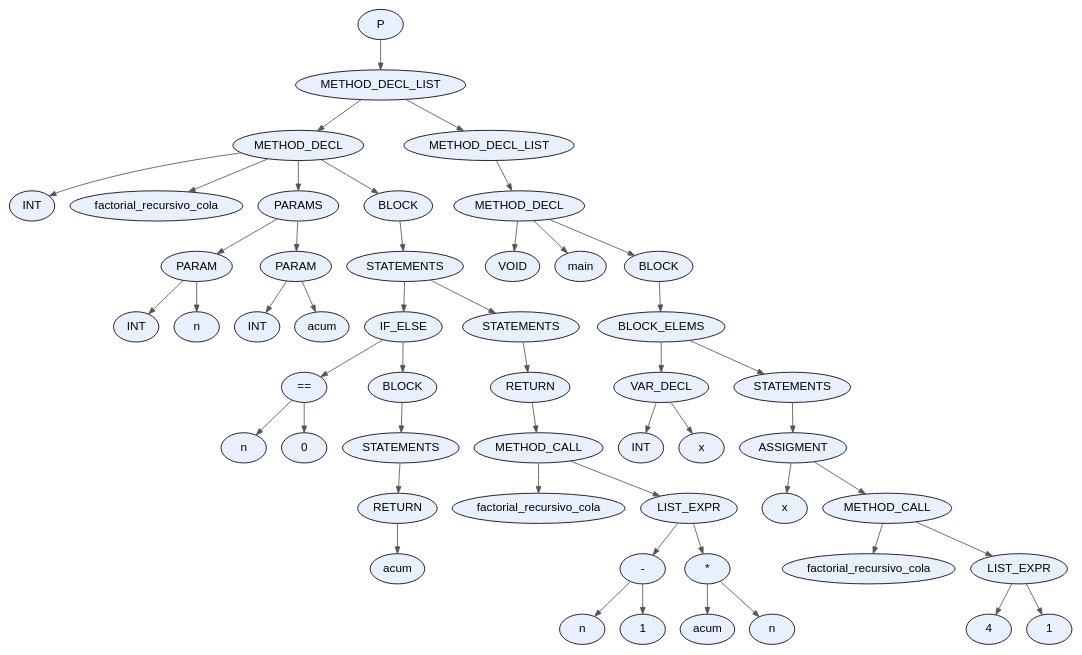
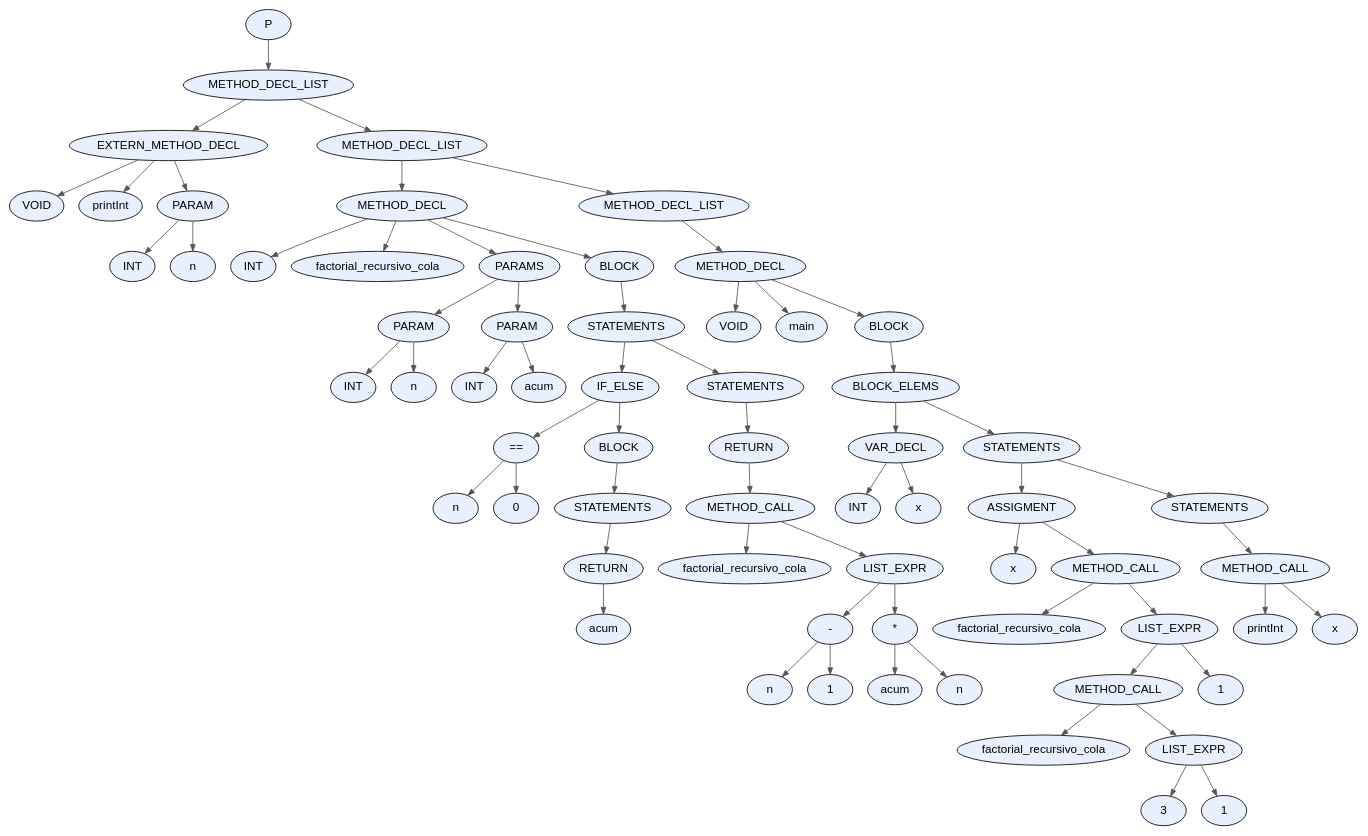
The diagram in proyecto/dot_files/factorial_rec_cola.dot (facundo-dario-loser/TDS2026), drawn with Graphviz before and after one commit. The commit also changed 10 other files, not shown here.

```diff
--- a/proyecto/dot_files/factorial_rec_cola.dot
+++ b/proyecto/dot_files/factorial_rec_cola.dot
@@ -1,103 +1,133 @@
 digraph AST {
   node [fontname="Arial"];
   edge [arrowsize=0.8, color="#555555"];
-  "node_0x55cf6cfb0c10" [label="P", style=filled, fillcolor="#E8F0FE", shape=ellipse, style="rounded,filled"];
-  "node_0x55cf6cfb0c10" -> "node_0x55cf6cfb0bc0";
-  "node_0x55cf6cfb0bc0" [label="METHOD_DECL_LIST", style=filled, fillcolor="#E8F0FE", shape=ellipse, style="rounded,filled"];
-  "node_0x55cf6cfb0bc0" -> "node_0x55cf6cfb0500";
-  "node_0x55cf6cfb0500" [label="METHOD_DECL", style=filled, fillcolor="#E8F0FE", shape=ellipse, style="rounded,filled"];
-  "node_0x55cf6cfb0500" -> "node_0x55cf6cfaf920";
-  "node_0x55cf6cfaf920" [label="INT", style=filled, fillcolor="#E8F0FE", shape=ellipse, style="rounded,filled"];
-  "node_0x55cf6cfb0500" -> "node_0x55cf6cfb0480";
-  "node_0x55cf6cfb0480" [label="factorial_recursivo_cola", style=filled, fillcolor="#E8F0FE", shape=ellipse, style="rounded,filled"];
-  "node_0x55cf6cfb0500" -> "node_0x55cf6cfafc00";
-  "node_0x55cf6cfafc00" [label="PARAMS", style=filled, fillcolor="#E8F0FE", shape=ellipse, style="rounded,filled"];
-  "node_0x55cf6cfafc00" -> "node_0x55cf6cfafa80";
-  "node_0x55cf6cfafa80" [label="PARAM", style=filled, fillcolor="#E8F0FE", shape=ellipse, style="rounded,filled"];
-  "node_0x55cf6cfafa80" -> "node_0x55cf6cfaf9a0";
-  "node_0x55cf6cfaf9a0" [label="INT", style=filled, fillcolor="#E8F0FE", shape=ellipse, style="rounded,filled"];
-  "node_0x55cf6cfafa80" -> "node_0x55cf6cfafa10";
-  "node_0x55cf6cfafa10" [label="n", style=filled, fillcolor="#E8F0FE", shape=ellipse, style="rounded,filled"];
-  "node_0x55cf6cfafc00" -> "node_0x55cf6cfafbb0";
-  "node_0x55cf6cfafbb0" [label="PARAM", style=filled, fillcolor="#E8F0FE", shape=ellipse, style="rounded,filled"];
-  "node_0x55cf6cfafbb0" -> "node_0x55cf6cfafad0";
-  "node_0x55cf6cfafad0" [label="INT", style=filled, fillcolor="#E8F0FE", shape=ellipse, style="rounded,filled"];
-  "node_0x55cf6cfafbb0" -> "node_0x55cf6cfafb40";
-  "node_0x55cf6cfafb40" [label="acum", style=filled, fillcolor="#E8F0FE", shape=ellipse, style="rounded,filled"];
-  "node_0x55cf6cfb0500" -> "node_0x55cf6cfb0430";
-  "node_0x55cf6cfb0430" [label="BLOCK", style=filled, fillcolor="#E8F0FE", shape=ellipse, style="rounded,filled"];
-  "node_0x55cf6cfb0430" -> "node_0x55cf6cfb03e0";
-  "node_0x55cf6cfb03e0" [label="STATEMENTS", style=filled, fillcolor="#E8F0FE", shape=ellipse, style="rounded,filled"];
-  "node_0x55cf6cfb03e0" -> "node_0x55cf6cfaff00";
-  "node_0x55cf6cfaff00" [label="IF_ELSE", style=filled, fillcolor="#E8F0FE", shape=ellipse, style="rounded,filled"];
-  "node_0x55cf6cfaff00" -> "node_0x55cf6cfafd30";
-  "node_0x55cf6cfafd30" [label="==", style=filled, fillcolor="#E8F0FE", shape=ellipse, style="rounded,filled"];
-  "node_0x55cf6cfafd30" -> "node_0x55cf6cfafc70";
-  "node_0x55cf6cfafc70" [label="n", style=filled, fillcolor="#E8F0FE", shape=ellipse, style="rounded,filled"];
-  "node_0x55cf6cfafd30" -> "node_0x55cf6cfafce0";
-  "node_0x55cf6cfafce0" [label="0", style=filled, fillcolor="#E8F0FE", shape=ellipse, style="rounded,filled"];
-  "node_0x55cf6cfaff00" -> "node_0x55cf6cfafeb0";
-  "node_0x55cf6cfafeb0" [label="BLOCK", style=filled, fillcolor="#E8F0FE", shape=ellipse, style="rounded,filled"];
-  "node_0x55cf6cfafeb0" -> "node_0x55cf6cfafe60";
-  "node_0x55cf6cfafe60" [label="STATEMENTS", style=filled, fillcolor="#E8F0FE", shape=ellipse, style="rounded,filled"];
-  "node_0x55cf6cfafe60" -> "node_0x55cf6cfafe10";
-  "node_0x55cf6cfafe10" [label="RETURN", style=filled, fillcolor="#E8F0FE", shape=ellipse, style="rounded,filled"];
-  "node_0x55cf6cfafe10" -> "node_0x55cf6cfafda0";
-  "node_0x55cf6cfafda0" [label="acum", style=filled, fillcolor="#E8F0FE", shape=ellipse, style="rounded,filled"];
-  "node_0x55cf6cfb03e0" -> "node_0x55cf6cfb0390";
-  "node_0x55cf6cfb0390" [label="STATEMENTS", style=filled, fillcolor="#E8F0FE", shape=ellipse, style="rounded,filled"];
-  "node_0x55cf6cfb0390" -> "node_0x55cf6cfb0340";
-  "node_0x55cf6cfb0340" [label="RETURN", style=filled, fillcolor="#E8F0FE", shape=ellipse, style="rounded,filled"];
-  "node_0x55cf6cfb0340" -> "node_0x55cf6cfb02f0";
-  "node_0x55cf6cfb02f0" [label="METHOD_CALL", style=filled, fillcolor="#E8F0FE", shape=ellipse, style="rounded,filled"];
-  "node_0x55cf6cfb02f0" -> "node_0x55cf6cfb0270";
-  "node_0x55cf6cfb0270" [label="factorial_recursivo_cola", style=filled, fillcolor="#E8F0FE", shape=ellipse, style="rounded,filled"];
-  "node_0x55cf6cfb02f0" -> "node_0x55cf6cfb0220";
-  "node_0x55cf6cfb0220" [label="LIST_EXPR", style=filled, fillcolor="#E8F0FE", shape=ellipse, style="rounded,filled"];
-  "node_0x55cf6cfb0220" -> "node_0x55cf6cfb0060";
-  "node_0x55cf6cfb0060" [label="-", style=filled, fillcolor="#E8F0FE", shape=ellipse, style="rounded,filled"];
-  "node_0x55cf6cfb0060" -> "node_0x55cf6cfaffa0";
-  "node_0x55cf6cfaffa0" [label="n", style=filled, fillcolor="#E8F0FE", shape=ellipse, style="rounded,filled"];
-  "node_0x55cf6cfb0060" -> "node_0x55cf6cfb0010";
-  "node_0x55cf6cfb0010" [label="1", style=filled, fillcolor="#E8F0FE", shape=ellipse, style="rounded,filled"];
-  "node_0x55cf6cfb0220" -> "node_0x55cf6cfb01d0";
-  "node_0x55cf6cfb01d0" [label="*", style=filled, fillcolor="#E8F0FE", shape=ellipse, style="rounded,filled"];
-  "node_0x55cf6cfb01d0" -> "node_0x55cf6cfb00d0";
-  "node_0x55cf6cfb00d0" [label="acum", style=filled, fillcolor="#E8F0FE", shape=ellipse, style="rounded,filled"];
-  "node_0x55cf6cfb01d0" -> "node_0x55cf6cfb0160";
-  "node_0x55cf6cfb0160" [label="n", style=filled, fillcolor="#E8F0FE", shape=ellipse, style="rounded,filled"];
-  "node_0x55cf6cfb0bc0" -> "node_0x55cf6cfb0b70";
-  "node_0x55cf6cfb0b70" [label="METHOD_DECL_LIST", style=filled, fillcolor="#E8F0FE", shape=ellipse, style="rounded,filled"];
-  "node_0x55cf6cfb0b70" -> "node_0x55cf6cfb0b20";
-  "node_0x55cf6cfb0b20" [label="METHOD_DECL", style=filled, fillcolor="#E8F0FE", shape=ellipse, style="rounded,filled"];
-  "node_0x55cf6cfb0b20" -> "node_0x55cf6cfb0a60";
-  "node_0x55cf6cfb0a60" [label="VOID", style=filled, fillcolor="#E8F0FE", shape=ellipse, style="rounded,filled"];
-  "node_0x55cf6cfb0b20" -> "node_0x55cf6cfb0ab0";
-  "node_0x55cf6cfb0ab0" [label="main", style=filled, fillcolor="#E8F0FE", shape=ellipse, style="rounded,filled"];
-  "node_0x55cf6cfb0b20" -> "node_0x55cf6cfb0a10";
-  "node_0x55cf6cfb0a10" [label="BLOCK", style=filled, fillcolor="#E8F0FE", shape=ellipse, style="rounded,filled"];
-  "node_0x55cf6cfb0a10" -> "node_0x55cf6cfb09c0";
-  "node_0x55cf6cfb09c0" [label="BLOCK_ELEMS", style=filled, fillcolor="#E8F0FE", shape=ellipse, style="rounded,filled"];
-  "node_0x55cf6cfb09c0" -> "node_0x55cf6cfb0650";
-  "node_0x55cf6cfb0650" [label="VAR_DECL", style=filled, fillcolor="#E8F0FE", shape=ellipse, style="rounded,filled"];
-  "node_0x55cf6cfb0650" -> "node_0x55cf6cfb0570";
-  "node_0x55cf6cfb0570" [label="INT", style=filled, fillcolor="#E8F0FE", shape=ellipse, style="rounded,filled"];
-  "node_0x55cf6cfb0650" -> "node_0x55cf6cfb05e0";
-  "node_0x55cf6cfb05e0" [label="x", style=filled, fillcolor="#E8F0FE", shape=ellipse, style="rounded,filled"];
-  "node_0x55cf6cfb09c0" -> "node_0x55cf6cfb0970";
-  "node_0x55cf6cfb0970" [label="STATEMENTS", style=filled, fillcolor="#E8F0FE", shape=ellipse, style="rounded,filled"];
-  "node_0x55cf6cfb0970" -> "node_0x55cf6cfb0920";
-  "node_0x55cf6cfb0920" [label="ASSIGMENT", style=filled, fillcolor="#E8F0FE", shape=ellipse, style="rounded,filled"];
-  "node_0x55cf6cfb0920" -> "node_0x55cf6cfb08b0";
-  "node_0x55cf6cfb08b0" [label="x", style=filled, fillcolor="#E8F0FE", shape=ellipse, style="rounded,filled"];
-  "node_0x55cf6cfb0920" -> "node_0x55cf6cfb0860";
-  "node_0x55cf6cfb0860" [label="METHOD_CALL", style=filled, fillcolor="#E8F0FE", shape=ellipse, style="rounded,filled"];
-  "node_0x55cf6cfb0860" -> "node_0x55cf6cfb07e0";
-  "node_0x55cf6cfb07e0" [label="factorial_recursivo_cola", style=filled, fillcolor="#E8F0FE", shape=ellipse, style="rounded,filled"];
-  "node_0x55cf6cfb0860" -> "node_0x55cf6cfb0790";
-  "node_0x55cf6cfb0790" [label="LIST_EXPR", style=filled, fillcolor="#E8F0FE", shape=ellipse, style="rounded,filled"];
-  "node_0x55cf6cfb0790" -> "node_0x55cf6cfb06f0";
-  "node_0x55cf6cfb06f0" [label="4", style=filled, fillcolor="#E8F0FE", shape=ellipse, style="rounded,filled"];
-  "node_0x55cf6cfb0790" -> "node_0x55cf6cfb0740";
-  "node_0x55cf6cfb0740" [label="1", style=filled, fillcolor="#E8F0FE", shape=ellipse, style="rounded,filled"];
+  "node_0x6546cbcef220" [label="P", style=filled, fillcolor="#E8F0FE", shape=ellipse, style="rounded,filled"];
+  "node_0x6546cbcef220" -> "node_0x6546cbcef1d0";
+  "node_0x6546cbcef1d0" [label="METHOD_DECL_LIST", style=filled, fillcolor="#E8F0FE", shape=ellipse, style="rounded,filled"];
+  "node_0x6546cbcef1d0" -> "node_0x6546cbcedb30";
+  "node_0x6546cbcedb30" [label="EXTERN_METHOD_DECL", style=filled, fillcolor="#E8F0FE", shape=ellipse, style="rounded,filled"];
+  "node_0x6546cbcedb30" -> "node_0x6546cbceda70";
+  "node_0x6546cbceda70" [label="VOID", style=filled, fillcolor="#E8F0FE", shape=ellipse, style="rounded,filled"];
+  "node_0x6546cbcedb30" -> "node_0x6546cbcedac0";
+  "node_0x6546cbcedac0" [label="printInt", style=filled, fillcolor="#E8F0FE", shape=ellipse, style="rounded,filled"];
+  "node_0x6546cbcedb30" -> "node_0x6546cbceda20";
+  "node_0x6546cbceda20" [label="PARAM", style=filled, fillcolor="#E8F0FE", shape=ellipse, style="rounded,filled"];
+  "node_0x6546cbceda20" -> "node_0x6546cbced940";
+  "node_0x6546cbced940" [label="INT", style=filled, fillcolor="#E8F0FE", shape=ellipse, style="rounded,filled"];
+  "node_0x6546cbceda20" -> "node_0x6546cbced9b0";
+  "node_0x6546cbced9b0" [label="n", style=filled, fillcolor="#E8F0FE", shape=ellipse, style="rounded,filled"];
+  "node_0x6546cbcef1d0" -> "node_0x6546cbcef180";
+  "node_0x6546cbcef180" [label="METHOD_DECL_LIST", style=filled, fillcolor="#E8F0FE", shape=ellipse, style="rounded,filled"];
+  "node_0x6546cbcef180" -> "node_0x6546cbcee760";
+  "node_0x6546cbcee760" [label="METHOD_DECL", style=filled, fillcolor="#E8F0FE", shape=ellipse, style="rounded,filled"];
+  "node_0x6546cbcee760" -> "node_0x6546cbcedb80";
+  "node_0x6546cbcedb80" [label="INT", style=filled, fillcolor="#E8F0FE", shape=ellipse, style="rounded,filled"];
+  "node_0x6546cbcee760" -> "node_0x6546cbcee6e0";
+  "node_0x6546cbcee6e0" [label="factorial_recursivo_cola", style=filled, fillcolor="#E8F0FE", shape=ellipse, style="rounded,filled"];
+  "node_0x6546cbcee760" -> "node_0x6546cbcede60";
+  "node_0x6546cbcede60" [label="PARAMS", style=filled, fillcolor="#E8F0FE", shape=ellipse, style="rounded,filled"];
+  "node_0x6546cbcede60" -> "node_0x6546cbcedce0";
+  "node_0x6546cbcedce0" [label="PARAM", style=filled, fillcolor="#E8F0FE", shape=ellipse, style="rounded,filled"];
+  "node_0x6546cbcedce0" -> "node_0x6546cbcedc00";
+  "node_0x6546cbcedc00" [label="INT", style=filled, fillcolor="#E8F0FE", shape=ellipse, style="rounded,filled"];
+  "node_0x6546cbcedce0" -> "node_0x6546cbcedc70";
+  "node_0x6546cbcedc70" [label="n", style=filled, fillcolor="#E8F0FE", shape=ellipse, style="rounded,filled"];
+  "node_0x6546cbcede60" -> "node_0x6546cbcede10";
+  "node_0x6546cbcede10" [label="PARAM", style=filled, fillcolor="#E8F0FE", shape=ellipse, style="rounded,filled"];
+  "node_0x6546cbcede10" -> "node_0x6546cbcedd30";
+  "node_0x6546cbcedd30" [label="INT", style=filled, fillcolor="#E8F0FE", shape=ellipse, style="rounded,filled"];
+  "node_0x6546cbcede10" -> "node_0x6546cbcedda0";
+  "node_0x6546cbcedda0" [label="acum", style=filled, fillcolor="#E8F0FE", shape=ellipse, style="rounded,filled"];
+  "node_0x6546cbcee760" -> "node_0x6546cbcee690";
+  "node_0x6546cbcee690" [label="BLOCK", style=filled, fillcolor="#E8F0FE", shape=ellipse, style="rounded,filled"];
+  "node_0x6546cbcee690" -> "node_0x6546cbcee640";
+  "node_0x6546cbcee640" [label="STATEMENTS", style=filled, fillcolor="#E8F0FE", shape=ellipse, style="rounded,filled"];
+  "node_0x6546cbcee640" -> "node_0x6546cbcee160";
+  "node_0x6546cbcee160" [label="IF_ELSE", style=filled, fillcolor="#E8F0FE", shape=ellipse, style="rounded,filled"];
+  "node_0x6546cbcee160" -> "node_0x6546cbcedf90";
+  "node_0x6546cbcedf90" [label="==", style=filled, fillcolor="#E8F0FE", shape=ellipse, style="rounded,filled"];
+  "node_0x6546cbcedf90" -> "node_0x6546cbceded0";
+  "node_0x6546cbceded0" [label="n", style=filled, fillcolor="#E8F0FE", shape=ellipse, style="rounded,filled"];
+  "node_0x6546cbcedf90" -> "node_0x6546cbcedf40";
+  "node_0x6546cbcedf40" [label="0", style=filled, fillcolor="#E8F0FE", shape=ellipse, style="rounded,filled"];
+  "node_0x6546cbcee160" -> "node_0x6546cbcee110";
+  "node_0x6546cbcee110" [label="BLOCK", style=filled, fillcolor="#E8F0FE", shape=ellipse, style="rounded,filled"];
+  "node_0x6546cbcee110" -> "node_0x6546cbcee0c0";
+  "node_0x6546cbcee0c0" [label="STATEMENTS", style=filled, fillcolor="#E8F0FE", shape=ellipse, style="rounded,filled"];
+  "node_0x6546cbcee0c0" -> "node_0x6546cbcee070";
+  "node_0x6546cbcee070" [label="RETURN", style=filled, fillcolor="#E8F0FE", shape=ellipse, style="rounded,filled"];
+  "node_0x6546cbcee070" -> "node_0x6546cbcee000";
+  "node_0x6546cbcee000" [label="acum", style=filled, fillcolor="#E8F0FE", shape=ellipse, style="rounded,filled"];
+  "node_0x6546cbcee640" -> "node_0x6546cbcee5f0";
+  "node_0x6546cbcee5f0" [label="STATEMENTS", style=filled, fillcolor="#E8F0FE", shape=ellipse, style="rounded,filled"];
+  "node_0x6546cbcee5f0" -> "node_0x6546cbcee5a0";
+  "node_0x6546cbcee5a0" [label="RETURN", style=filled, fillcolor="#E8F0FE", shape=ellipse, style="rounded,filled"];
+  "node_0x6546cbcee5a0" -> "node_0x6546cbcee550";
+  "node_0x6546cbcee550" [label="METHOD_CALL", style=filled, fillcolor="#E8F0FE", shape=ellipse, style="rounded,filled"];
+  "node_0x6546cbcee550" -> "node_0x6546cbcee4d0";
+  "node_0x6546cbcee4d0" [label="factorial_recursivo_cola", style=filled, fillcolor="#E8F0FE", shape=ellipse, style="rounded,filled"];
+  "node_0x6546cbcee550" -> "node_0x6546cbcee480";
+  "node_0x6546cbcee480" [label="LIST_EXPR", style=filled, fillcolor="#E8F0FE", shape=ellipse, style="rounded,filled"];
+  "node_0x6546cbcee480" -> "node_0x6546cbcee2c0";
+  "node_0x6546cbcee2c0" [label="-", style=filled, fillcolor="#E8F0FE", shape=ellipse, style="rounded,filled"];
+  "node_0x6546cbcee2c0" -> "node_0x6546cbcee200";
+  "node_0x6546cbcee200" [label="n", style=filled, fillcolor="#E8F0FE", shape=ellipse, style="rounded,filled"];
+  "node_0x6546cbcee2c0" -> "node_0x6546cbcee270";
+  "node_0x6546cbcee270" [label="1", style=filled, fillcolor="#E8F0FE", shape=ellipse, style="rounded,filled"];
+  "node_0x6546cbcee480" -> "node_0x6546cbcee430";
+  "node_0x6546cbcee430" [label="*", style=filled, fillcolor="#E8F0FE", shape=ellipse, style="rounded,filled"];
+  "node_0x6546cbcee430" -> "node_0x6546cbcee330";
+  "node_0x6546cbcee330" [label="acum", style=filled, fillcolor="#E8F0FE", shape=ellipse, style="rounded,filled"];
+  "node_0x6546cbcee430" -> "node_0x6546cbcee3c0";
+  "node_0x6546cbcee3c0" [label="n", style=filled, fillcolor="#E8F0FE", shape=ellipse, style="rounded,filled"];
+  "node_0x6546cbcef180" -> "node_0x6546cbcef130";
+  "node_0x6546cbcef130" [label="METHOD_DECL_LIST", style=filled, fillcolor="#E8F0FE", shape=ellipse, style="rounded,filled"];
+  "node_0x6546cbcef130" -> "node_0x6546cbcef0e0";
+  "node_0x6546cbcef0e0" [label="METHOD_DECL", style=filled, fillcolor="#E8F0FE", shape=ellipse, style="rounded,filled"];
+  "node_0x6546cbcef0e0" -> "node_0x6546cbcef020";
+  "node_0x6546cbcef020" [label="VOID", style=filled, fillcolor="#E8F0FE", shape=ellipse, style="rounded,filled"];
+  "node_0x6546cbcef0e0" -> "node_0x6546cbcef070";
+  "node_0x6546cbcef070" [label="main", style=filled, fillcolor="#E8F0FE", shape=ellipse, style="rounded,filled"];
+  "node_0x6546cbcef0e0" -> "node_0x6546cbceefd0";
+  "node_0x6546cbceefd0" [label="BLOCK", style=filled, fillcolor="#E8F0FE", shape=ellipse, style="rounded,filled"];
+  "node_0x6546cbceefd0" -> "node_0x6546cbceef80";
+  "node_0x6546cbceef80" [label="BLOCK_ELEMS", style=filled, fillcolor="#E8F0FE", shape=ellipse, style="rounded,filled"];
+  "node_0x6546cbceef80" -> "node_0x6546cbcee8b0";
+  "node_0x6546cbcee8b0" [label="VAR_DECL", style=filled, fillcolor="#E8F0FE", shape=ellipse, style="rounded,filled"];
+  "node_0x6546cbcee8b0" -> "node_0x6546cbcee7d0";
+  "node_0x6546cbcee7d0" [label="INT", style=filled, fillcolor="#E8F0FE", shape=ellipse, style="rounded,filled"];
+  "node_0x6546cbcee8b0" -> "node_0x6546cbcee840";
+  "node_0x6546cbcee840" [label="x", style=filled, fillcolor="#E8F0FE", shape=ellipse, style="rounded,filled"];
+  "node_0x6546cbceef80" -> "node_0x6546cbceef30";
+  "node_0x6546cbceef30" [label="STATEMENTS", style=filled, fillcolor="#E8F0FE", shape=ellipse, style="rounded,filled"];
+  "node_0x6546cbceef30" -> "node_0x6546cbceed20";
+  "node_0x6546cbceed20" [label="ASSIGMENT", style=filled, fillcolor="#E8F0FE", shape=ellipse, style="rounded,filled"];
+  "node_0x6546cbceed20" -> "node_0x6546cbceecb0";
+  "node_0x6546cbceecb0" [label="x", style=filled, fillcolor="#E8F0FE", shape=ellipse, style="rounded,filled"];
+  "node_0x6546cbceed20" -> "node_0x6546cbceec60";
+  "node_0x6546cbceec60" [label="METHOD_CALL", style=filled, fillcolor="#E8F0FE", shape=ellipse, style="rounded,filled"];
+  "node_0x6546cbceec60" -> "node_0x6546cbceebe0";
+  "node_0x6546cbceebe0" [label="factorial_recursivo_cola", style=filled, fillcolor="#E8F0FE", shape=ellipse, style="rounded,filled"];
+  "node_0x6546cbceec60" -> "node_0x6546cbceeb90";
+  "node_0x6546cbceeb90" [label="LIST_EXPR", style=filled, fillcolor="#E8F0FE", shape=ellipse, style="rounded,filled"];
+  "node_0x6546cbceeb90" -> "node_0x6546cbceeaf0";
+  "node_0x6546cbceeaf0" [label="METHOD_CALL", style=filled, fillcolor="#E8F0FE", shape=ellipse, style="rounded,filled"];
+  "node_0x6546cbceeaf0" -> "node_0x6546cbceea70";
+  "node_0x6546cbceea70" [label="factorial_recursivo_cola", style=filled, fillcolor="#E8F0FE", shape=ellipse, style="rounded,filled"];
+  "node_0x6546cbceeaf0" -> "node_0x6546cbceea20";
+  "node_0x6546cbceea20" [label="LIST_EXPR", style=filled, fillcolor="#E8F0FE", shape=ellipse, style="rounded,filled"];
+  "node_0x6546cbceea20" -> "node_0x6546cbcee980";
+  "node_0x6546cbcee980" [label="3", style=filled, fillcolor="#E8F0FE", shape=ellipse, style="rounded,filled"];
+  "node_0x6546cbceea20" -> "node_0x6546cbcee9d0";
+  "node_0x6546cbcee9d0" [label="1", style=filled, fillcolor="#E8F0FE", shape=ellipse, style="rounded,filled"];
+  "node_0x6546cbceeb90" -> "node_0x6546cbceeb40";
+  "node_0x6546cbceeb40" [label="1", style=filled, fillcolor="#E8F0FE", shape=ellipse, style="rounded,filled"];
+  "node_0x6546cbceef30" -> "node_0x6546cbceeee0";
+  "node_0x6546cbceeee0" [label="STATEMENTS", style=filled, fillcolor="#E8F0FE", shape=ellipse, style="rounded,filled"];
+  "node_0x6546cbceeee0" -> "node_0x6546cbceee90";
+  "node_0x6546cbceee90" [label="METHOD_CALL", style=filled, fillcolor="#E8F0FE", shape=ellipse, style="rounded,filled"];
+  "node_0x6546cbceee90" -> "node_0x6546cbceee20";
+  "node_0x6546cbceee20" [label="printInt", style=filled, fillcolor="#E8F0FE", shape=ellipse, style="rounded,filled"];
+  "node_0x6546cbceee90" -> "node_0x6546cbceedb0";
+  "node_0x6546cbceedb0" [label="x", style=filled, fillcolor="#E8F0FE", shape=ellipse, style="rounded,filled"];
 }
```
